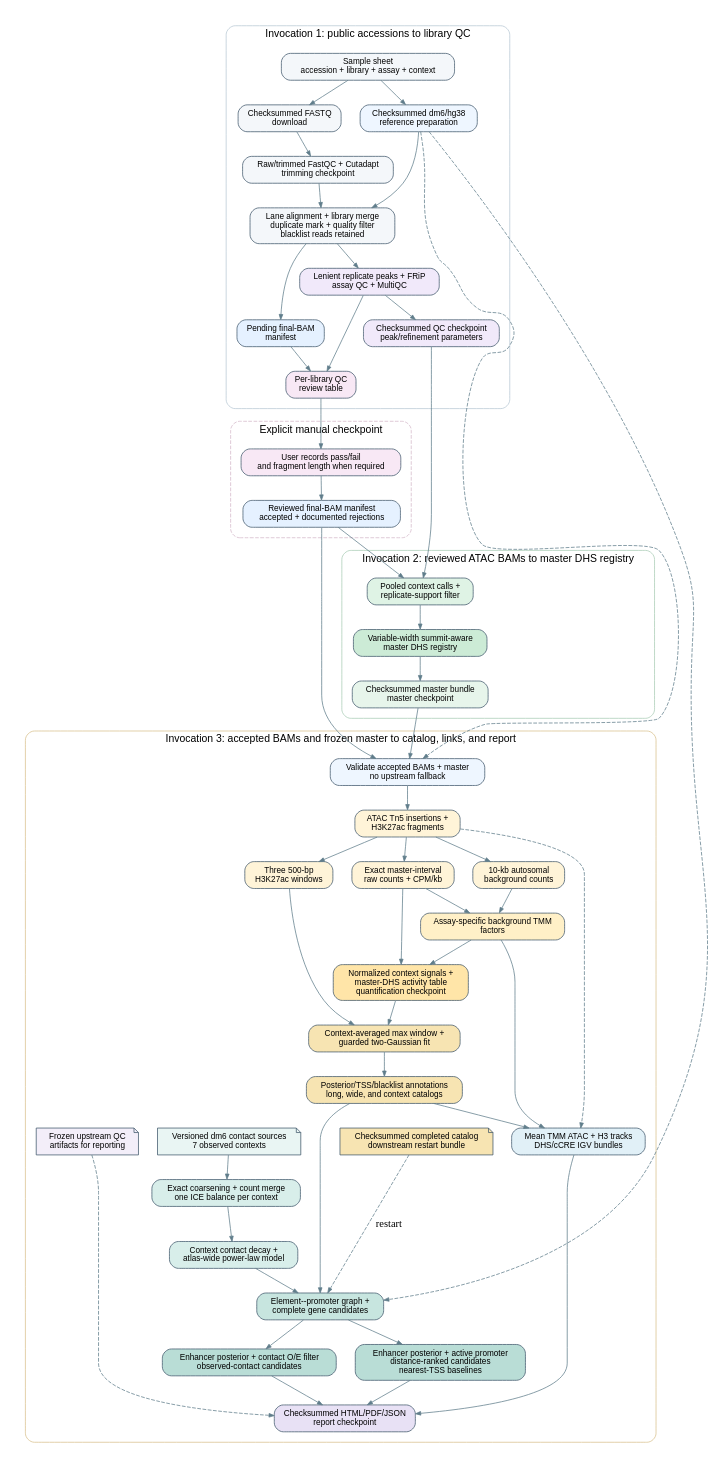
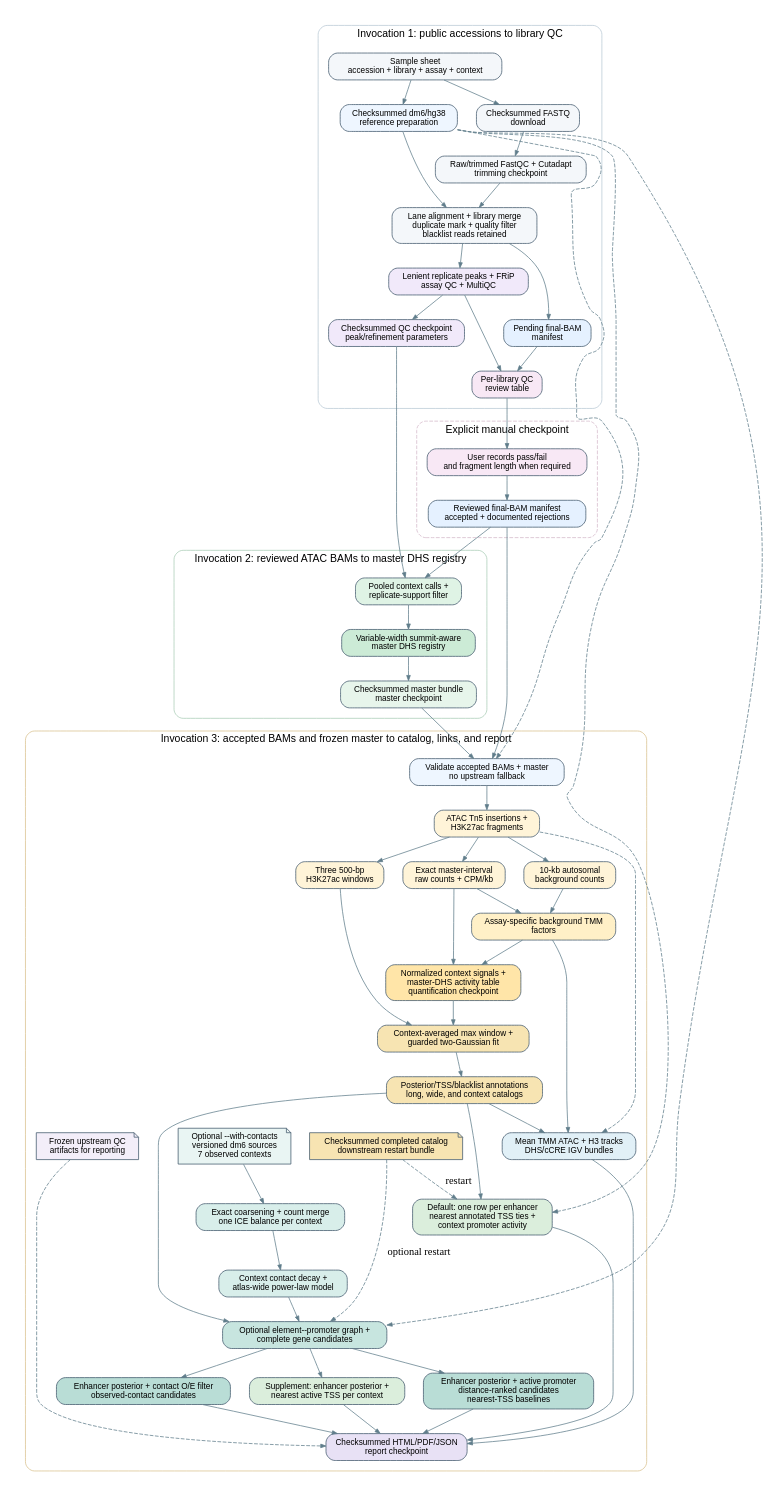
Before and after one commit to laiker96/drosophila-cCREs: the diagram in docs/workflow-dag.dot, drawn with Graphviz. The commit also changed 31 other files, not shown here.

```diff
--- a/docs/workflow-dag.dot
+++ b/docs/workflow-dag.dot
@@ -1,120 +1,128 @@
 digraph workflow {
   graph [rankdir=TB, bgcolor="#ffffff", pad=0.25, nodesep=0.35,
          ranksep=0.45, newrank=true, compound=true, fontname="Helvetica"];
   node [shape=box, style="rounded,filled", fontname="Helvetica", fontsize=11,
         color="#40566b", fillcolor="#f4f7fa", margin="0.13,0.08"];
   edge [color="#607d8b", arrowsize=0.7];
 
   subgraph cluster_qc {
     label="Invocation 1: public accessions to library QC";
     color="#b8c8d4";
     style="rounded";
     margin=14;
 
     inputs [label="Sample sheet\naccession + library + assay + context"];
     download [label="Checksummed FASTQ\ndownload"];
     reference [label="Checksummed dm6/hg38\nreference preparation", fillcolor="#eef6ff"];
     trim [label="Raw/trimmed FastQC + Cutadapt\ntrimming checkpoint"];
     align [label="Lane alignment + library merge\nduplicate mark + quality filter\nblacklist reads retained"];
     bammanifest [label="Pending final-BAM\nmanifest", fillcolor="#e5f1ff"];
     qc [label="Lenient replicate peaks + FRiP\nassay QC + MultiQC", fillcolor="#f1e9fa"];
     qccheckpoint [label="Checksummed QC checkpoint\npeak/refinement parameters", fillcolor="#f1e9fa"];
     reviewtable [label="Per-library QC\nreview table", fillcolor="#f8e8f5"];
 
     inputs -> download -> trim -> align;
     inputs -> reference;
     reference -> align;
     align -> bammanifest;
     align -> qc;
     qc -> qccheckpoint;
     bammanifest -> reviewtable;
     qc -> reviewtable;
     {rank=same; download; reference;}
     {rank=same; bammanifest; qccheckpoint;}
   }
 
   subgraph cluster_review {
     label="Explicit manual checkpoint";
     color="#d4b8ca";
     style="rounded,dashed";
     margin=14;
 
     review [label="User records pass/fail\nand fragment length when required", fillcolor="#f8e8f5"];
     reviewedbam [label="Reviewed final-BAM manifest\naccepted + documented rejections", fillcolor="#e5f1ff"];
 
     review -> reviewedbam;
   }
 
   subgraph cluster_master {
     label="Invocation 2: reviewed ATAC BAMs to master DHS registry";
     color="#a9ccb5";
     style="rounded";
     margin=14;
 
     context [label="Pooled context calls +\nreplicate-support filter", fillcolor="#dff3e5"];
     master [label="Variable-width summit-aware\nmaster DHS registry", fillcolor="#ccebd6"];
     mastermanifest [label="Checksummed master bundle\nmaster checkpoint", fillcolor="#e7f5eb"];
 
     context -> master -> mastermanifest;
   }
 
   subgraph cluster_activity {
     label="Invocation 3: accepted BAMs and frozen master to catalog, links, and report";
     color="#d9c18c";
     style="rounded";
     margin=14;
 
     validate [label="Validate accepted BAMs + master\nno upstream fallback", fillcolor="#eef6ff"];
     units [label="ATAC Tn5 insertions +\nH3K27ac fragments", fillcolor="#fff4d8"];
     exact [label="Exact master-interval\nraw counts + CPM/kb", fillcolor="#fff4d8"];
     background [label="10-kb autosomal\nbackground counts", fillcolor="#fff4d8"];
     windows [label="Three 500-bp\nH3K27ac windows", fillcolor="#fff4d8"];
     tmm [label="Assay-specific background TMM\nfactors", fillcolor="#fff0c7"];
     quantify [label="Normalized context signals +\nmaster-DHS activity table\nquantification checkpoint", fillcolor="#ffe5a8"];
     mixture [label="Context-averaged max window +\nguarded two-Gaussian fit", fillcolor="#f7e4b2"];
     catalog [label="Posterior/TSS/blacklist annotations\nlong, wide, and context catalogs", fillcolor="#f7e4b2"];
     catalogbundle [label="Checksummed completed catalog\ndownstream restart bundle", shape=note, fillcolor="#f7e4b2"];
     browser [label="Mean TMM ATAC + H3 tracks\nDHS/cCRE IGV bundles", fillcolor="#e1f0f7"];
-    contacts [label="Versioned dm6 contact sources\n7 observed contexts", shape=note, fillcolor="#e9f5f3"];
+    nearestwide [label="Default: one row per enhancer\nnearest annotated TSS ties +\ncontext promoter activity", fillcolor="#dbeedc"];
+    contacts [label="Optional --with-contacts\nversioned dm6 sources\n7 observed contexts", shape=note, fillcolor="#e9f5f3"];
     normalizecontacts [label="Exact coarsening + count merge\none ICE balance per context", fillcolor="#d8eeea"];
     decay [label="Context contact decay +\natlas-wide power-law model", fillcolor="#d8eeea"];
-    links [label="Element--promoter graph +\ncomplete gene candidates", fillcolor="#c7e5df"];
+    links [label="Optional element--promoter graph +\ncomplete gene candidates", fillcolor="#c7e5df"];
     focused [label="Enhancer posterior + contact O/E filter\nobserved-contact candidates", fillcolor="#b9ddd6"];
+    nearest [label="Supplement: enhancer posterior +\nnearest active TSS per context", fillcolor="#dbeedc"];
     distancefocused [label="Enhancer posterior + active promoter\ndistance-ranked candidates\nnearest-TSS baselines", fillcolor="#b9ddd6"];
     sources [label="Frozen upstream QC\nartifacts for reporting", shape=note, fillcolor="#f3eef9"];
     report [label="Checksummed HTML/PDF/JSON\nreport checkpoint", fillcolor="#e8e1f5"];
 
     validate -> units;
     units -> exact;
     units -> background;
     units -> windows;
     exact -> tmm;
     background -> tmm;
     exact -> quantify;
     tmm -> quantify;
     windows -> mixture;
     quantify -> mixture -> catalog;
     units -> browser [style=dashed];
     tmm -> browser;
     catalog -> browser;
+    catalog -> nearestwide;
     contacts -> normalizecontacts -> decay -> links;
     links -> focused;
+    links -> nearest;
     links -> distancefocused;
     catalog -> links;
-    catalogbundle -> links [style=dashed, label="restart"];
+    catalogbundle -> nearestwide [style=dashed, label="restart"];
+    catalogbundle -> links [style=dashed, label="optional restart"];
     browser -> report;
+    nearestwide -> report;
     focused -> report;
+    nearest -> report;
     distancefocused -> report;
     sources -> report [style=dashed];
     {rank=same; exact; background; windows;}
     {rank=same; browser; contacts; sources; catalogbundle;}
   }
 
   reviewtable -> review;
   reviewedbam -> context;
   qccheckpoint -> context;
   reviewedbam -> validate;
   mastermanifest -> validate;
   reference -> validate [style=dashed, constraint=false];
+  reference -> nearestwide [style=dashed, constraint=false];
   reference -> links [style=dashed, constraint=false];
 }
```
